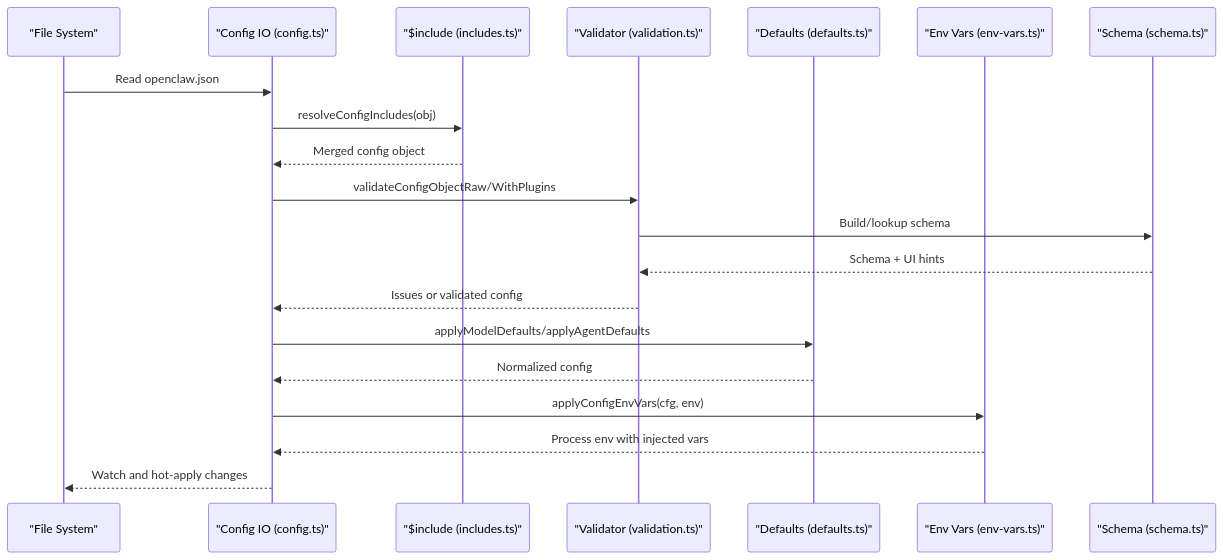
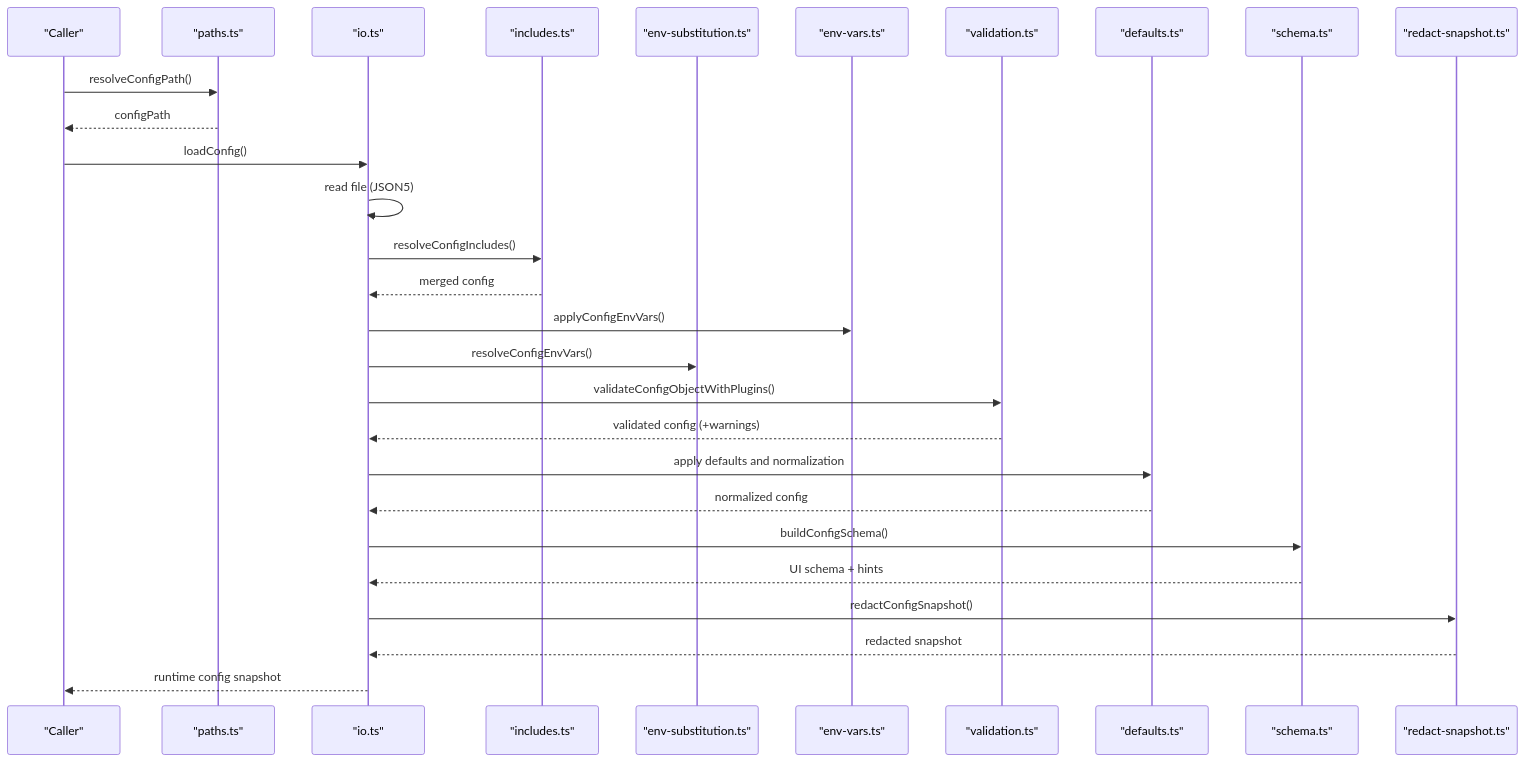
Before and after one commit to botx-work/OpenClaw-Internals: the second of 3 diagrams in repowiki/en/content/Configuration Management/Configuration Management.md, drawn with Mermaid. The commit also changed other lines of this file and 332 other files, not shown here.

````diff
--- a/repowiki/en/content/Configuration Management/Configuration Management.md
+++ b/repowiki/en/content/Configuration Management/Configuration Management.md
@@ -112,22 +122,30 @@
 ```mermaid
 sequenceDiagram
-participant FS as "File System"
-participant IO as "Config IO (config.ts)"
-participant INC as "$include (includes.ts)"
-participant VAL as "Validator (validation.ts)"
-participant DEF as "Defaults (defaults.ts)"
-participant ENV as "Env Vars (env-vars.ts)"
-participant SCH as "Schema (schema.ts)"
-FS->>IO : Read openclaw.json
-IO->>INC : resolveConfigIncludes(obj)
-INC-->>IO : Merged config object
-IO->>VAL : validateConfigObjectRaw/WithPlugins
-VAL->>SCH : Build/lookup schema
-SCH-->>VAL : Schema + UI hints
-VAL-->>IO : Issues or validated config
-IO->>DEF : applyModelDefaults/applyAgentDefaults
-DEF-->>IO : Normalized config
-IO->>ENV : applyConfigEnvVars(cfg, env)
-ENV-->>IO : Process env with injected vars
-IO-->>FS : Watch and hot-apply changes
+participant CLI as "Caller"
+participant Paths as "paths.ts"
+participant IO as "io.ts"
+participant Includes as "includes.ts"
+participant EnvSub as "env-substitution.ts"
+participant EnvVars as "env-vars.ts"
+participant Valid as "validation.ts"
+participant Def as "defaults.ts"
+participant Schema as "schema.ts"
+participant Snap as "redact-snapshot.ts"
+CLI->>Paths : resolveConfigPath()
+Paths-->>CLI : configPath
+CLI->>IO : loadConfig()
+IO->>IO : read file (JSON5)
+IO->>Includes : resolveConfigIncludes()
+Includes-->>IO : merged config
+IO->>EnvVars : applyConfigEnvVars()
+IO->>EnvSub : resolveConfigEnvVars()
+IO->>Valid : validateConfigObjectWithPlugins()
+Valid-->>IO : validated config (+warnings)
+IO->>Def : apply defaults and normalization
+Def-->>IO : normalized config
+IO->>Schema : buildConfigSchema()
+Schema-->>IO : UI schema + hints
+IO->>Snap : redactConfigSnapshot()
+Snap-->>IO : redacted snapshot
+IO-->>CLI : runtime config snapshot
 ```
````
